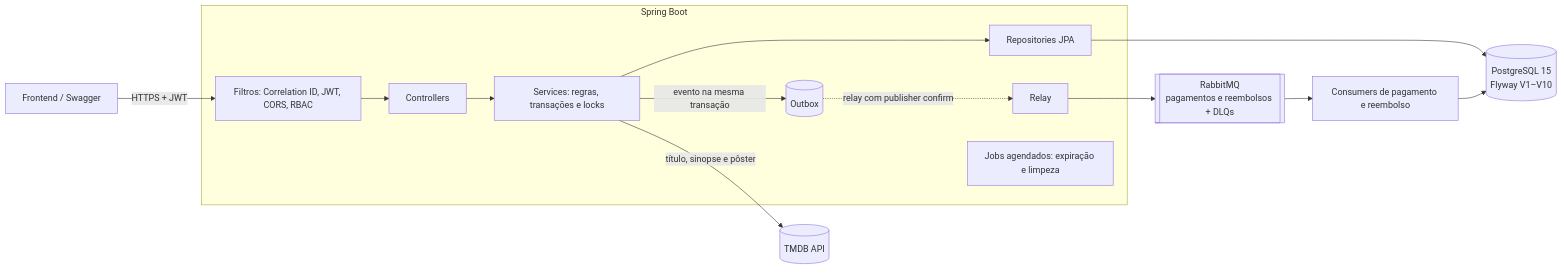
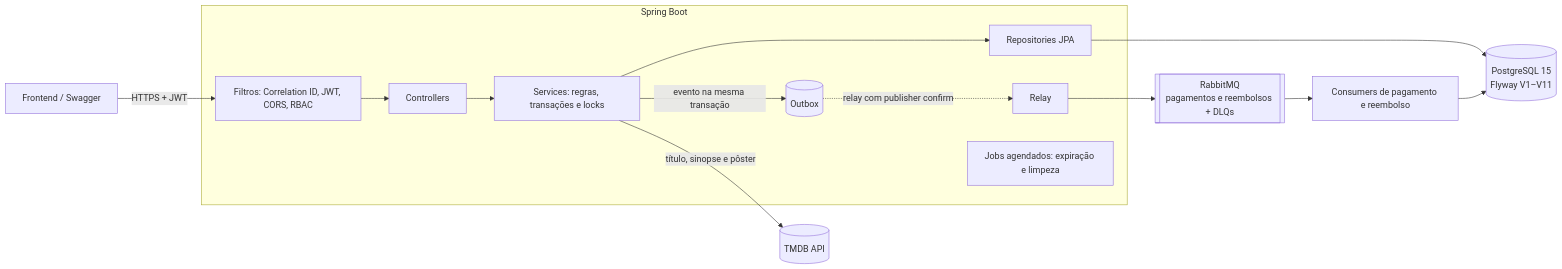
Before and after one commit to marcelofelixdev/cine-ticket-backend: the first of 2 diagrams in README.md, drawn with Mermaid. The commit also changed other lines of this file and 28 other files, not shown here.

````diff
--- a/README.md
+++ b/README.md
@@ -43,19 +44,19 @@
 ```mermaid
 flowchart LR
     FE[Frontend / Swagger] -->|HTTPS + JWT| F
 
     subgraph API[Spring Boot]
         F[Filtros: Correlation ID, JWT, CORS, RBAC] --> C[Controllers]
         C --> S[Services: regras, transações e locks]
         S --> R[Repositories JPA]
         S -->|evento na mesma transação| OB[(Outbox)]
         OB -.->|relay com publisher confirm| P[Relay]
         J[Jobs agendados: expiração e limpeza]
     end
 
-    R --> DB[(PostgreSQL 15<br/>Flyway V1–V10)]
+    R --> DB[(PostgreSQL 15<br/>Flyway V1–V11)]
     P --> MQ[[RabbitMQ<br/>pagamentos e reembolsos + DLQs]]
     MQ --> CO[Consumers de pagamento e reembolso]
     CO --> DB
     S -->|título, sinopse e pôster| TMDB[(TMDB API)]
 ```
````
